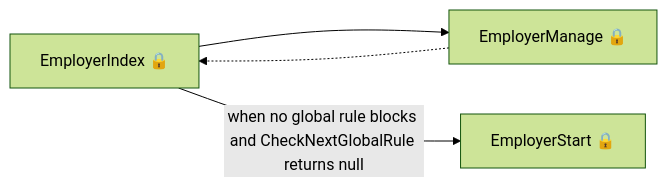
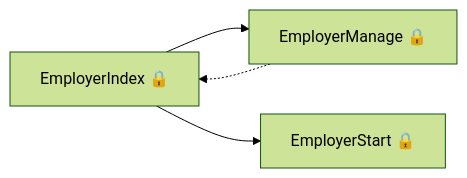
One commit to talentconsulting/atlas-dfe changed the first of 4 diagrams in das-reservations/user-journeys/user-journeys.md. Above: the diagram before and after it, drawn with Mermaid (forest theme). The commit also changed other lines of this file and 1 other file, not shown here.

````diff
--- a/das-reservations/user-journeys/user-journeys.md
+++ b/das-reservations/user-journeys/user-journeys.md
@@ -11,6 +11,6 @@
 ```mermaid
 flowchart LR
   p0["EmployerIndex 🔒"] --> p1["EmployerManage 🔒"]
   p1["EmployerManage 🔒"] -.-> p0["EmployerIndex 🔒"]
-  p0["EmployerIndex 🔒"] -->|"when no global rule blocks and CheckNextGlobalRule returns null"| p2["EmployerStart 🔒"]
+  p0["EmployerIndex 🔒"] --> p2["EmployerStart 🔒"]
 ```
````
